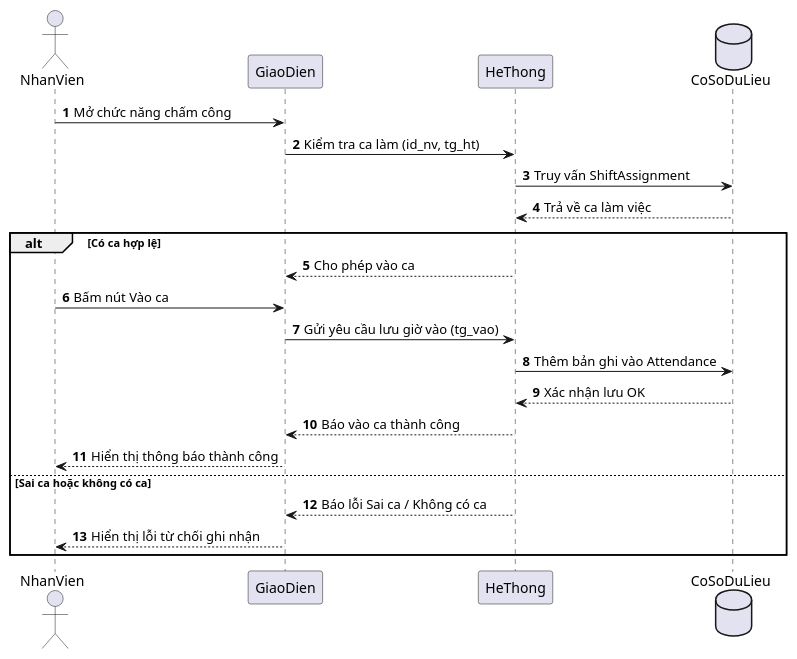
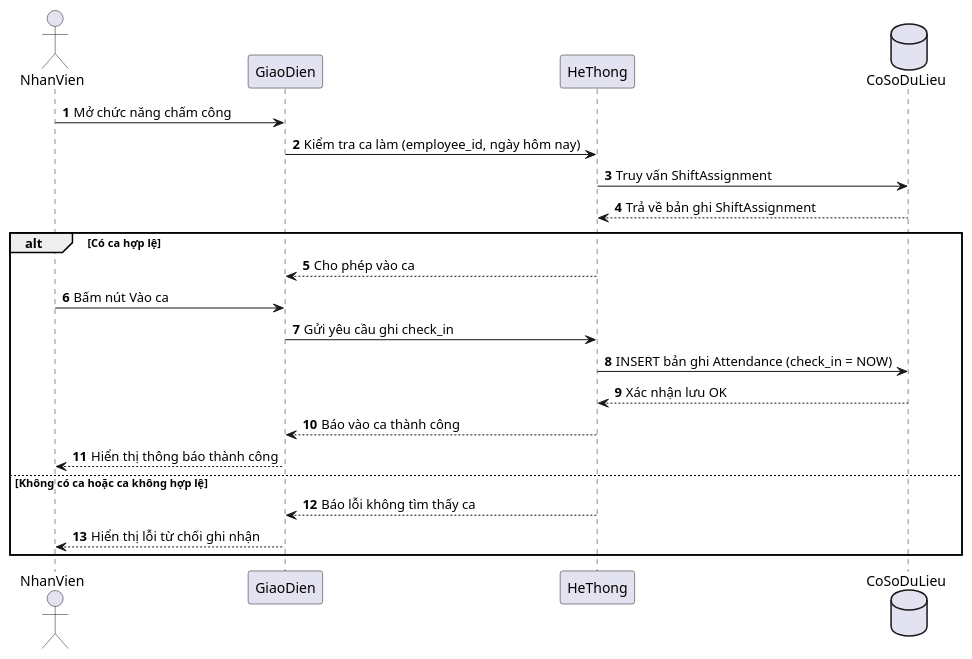
The second of 4 diagrams in chapters/Ch09_CHƯƠNG_7_NGHIÊN_CỨU_CHUYÊN_SÂU_—_USE_CA.md (Elkayee/doc-automation-suite), drawn with PlantUML before and after one commit. The commit also changed other lines of this file and 4 other files, not shown here.

````diff
--- a/chapters/Ch09_CHƯƠNG_7_NGHIÊN_CỨU_CHUYÊN_SÂU_—_USE_CA.md
+++ b/chapters/Ch09_CHƯƠNG_7_NGHIÊN_CỨU_CHUYÊN_SÂU_—_USE_CA.md
@@ -125,27 +125,27 @@
 ```plantuml
 @startuml
 autonumber
 actor NhanVien as NV
 participant GiaoDien as GD
 participant HeThong as HT
 database CoSoDuLieu as DB
 
 NV -> GD : Mở chức năng chấm công
-GD -> HT : Kiểm tra ca làm (id_nv, tg_ht)
+GD -> HT : Kiểm tra ca làm (employee_id, ngày hôm nay)
 HT -> DB : Truy vấn ShiftAssignment
-DB --> HT : Trả về ca làm việc
+DB --> HT : Trả về bản ghi ShiftAssignment
 
 alt Có ca hợp lệ
   HT --> GD : Cho phép vào ca
   NV -> GD : Bấm nút Vào ca
-  GD -> HT : Gửi yêu cầu lưu giờ vào (tg_vao)
-  HT -> DB : Thêm bản ghi vào Attendance
+  GD -> HT : Gửi yêu cầu ghi check_in
+  HT -> DB : INSERT bản ghi Attendance (check_in = NOW)
   DB --> HT : Xác nhận lưu OK
   HT --> GD : Báo vào ca thành công
   GD --> NV : Hiển thị thông báo thành công
-else Sai ca hoặc không có ca
-  HT --> GD : Báo lỗi Sai ca / Không có ca
+else Không có ca hoặc ca không hợp lệ
+  HT --> GD : Báo lỗi không tìm thấy ca
   GD --> NV : Hiển thị lỗi từ chối ghi nhận
 end
 @enduml
 ```
````
